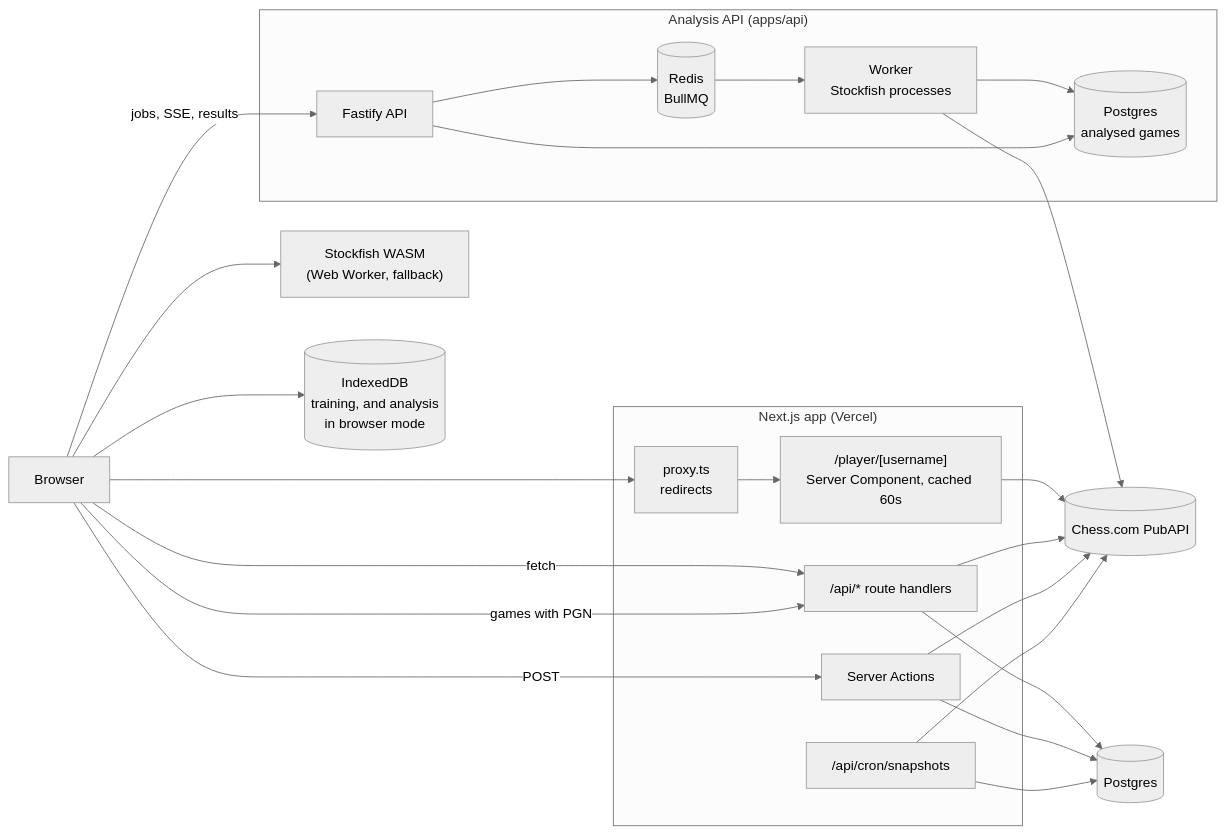
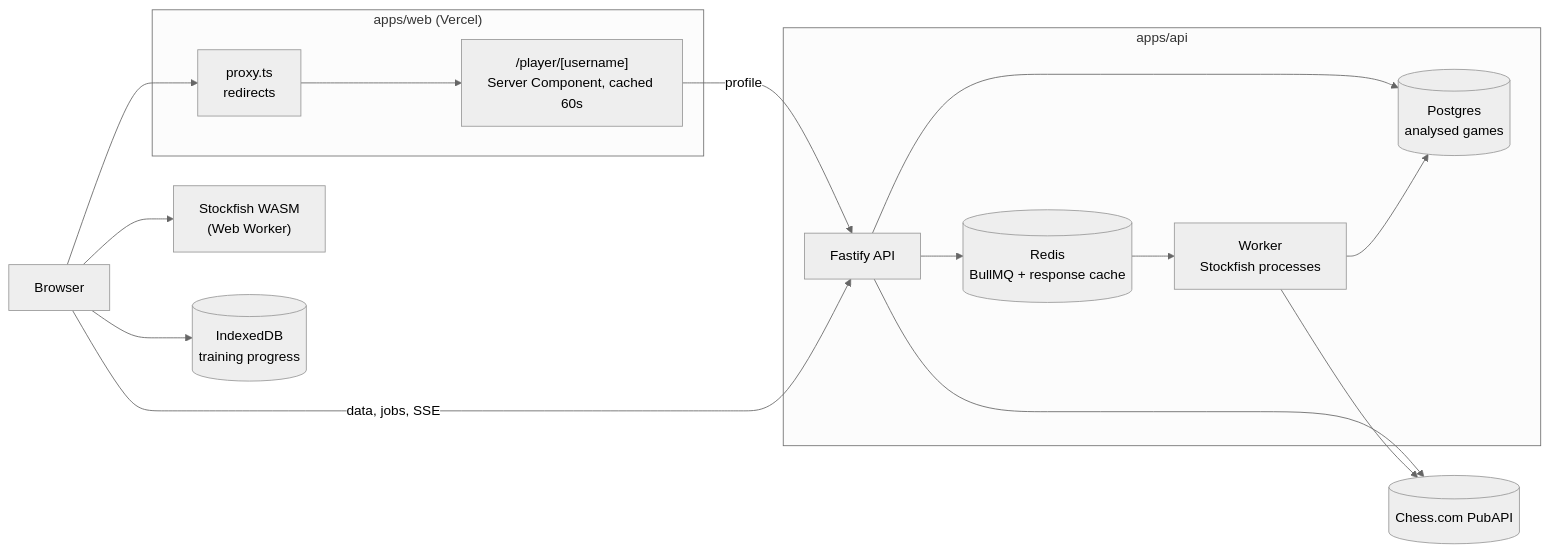
The diagram in ARCHITECTURE.md (Codexter-Laboratory/Daily-Gambit), drawn with Mermaid (neutral theme) before and after one commit. The commit also changed other lines of this file and 65 other files, not shown here.

First line of the commit message:
Move the web app's backend into the API; web is a pure frontend

````diff
--- a/ARCHITECTURE.md
+++ b/ARCHITECTURE.md
@@ -16,39 +16,28 @@
 ```mermaid
 flowchart LR
   B[Browser]
-  subgraph Next["Next.js app (Vercel)"]
+  subgraph Web["apps/web (Vercel)"]
     P["proxy.ts<br/>redirects"]
     PG["/player/[username]<br/>Server Component, cached 60s"]
-    API["/api/* route handlers"]
-    SA["Server Actions"]
-    CR["/api/cron/snapshots"]
   end
-  CC[(Chess.com PubAPI)]
-  DB[(Postgres)]
-  SF["Stockfish WASM<br/>(Web Worker, fallback)"]
-  IDB[("IndexedDB<br/>training, and analysis<br/>in browser mode")]
-  subgraph ApiSvc["Analysis API (apps/api)"]
+  subgraph Api["apps/api"]
     AP["Fastify API"]
-    RD[("Redis<br/>BullMQ")]
+    RD[("Redis<br/>BullMQ + response cache")]
     WK["Worker<br/>Stockfish processes"]
     PD[("Postgres<br/>analysed games")]
   end
+  CC[(Chess.com PubAPI)]
+  SF["Stockfish WASM<br/>(Web Worker)"]
+  IDB[("IndexedDB<br/>training progress")]
   B --> P --> PG
-  B -- "fetch" --> API
-  B -- "POST" --> SA
-  PG --> CC
-  API --> CC
-  API --> DB
-  SA --> DB
-  SA --> CC
-  CR --> DB
-  CR --> CC
-  B -- "games with PGN" --> API
+  PG -- "profile" --> AP
+  B -- "data, jobs, SSE" --> AP
+  AP --> RD
+  AP --> CC
+  AP --> PD
+  RD --> WK
+  WK --> CC
+  WK --> PD
   B --> SF
   B --> IDB
-  B -- "jobs, SSE, results" --> AP
-  AP --> RD --> WK
-  WK --> CC
-  WK --> PD
-  AP --> PD
 ```
````
